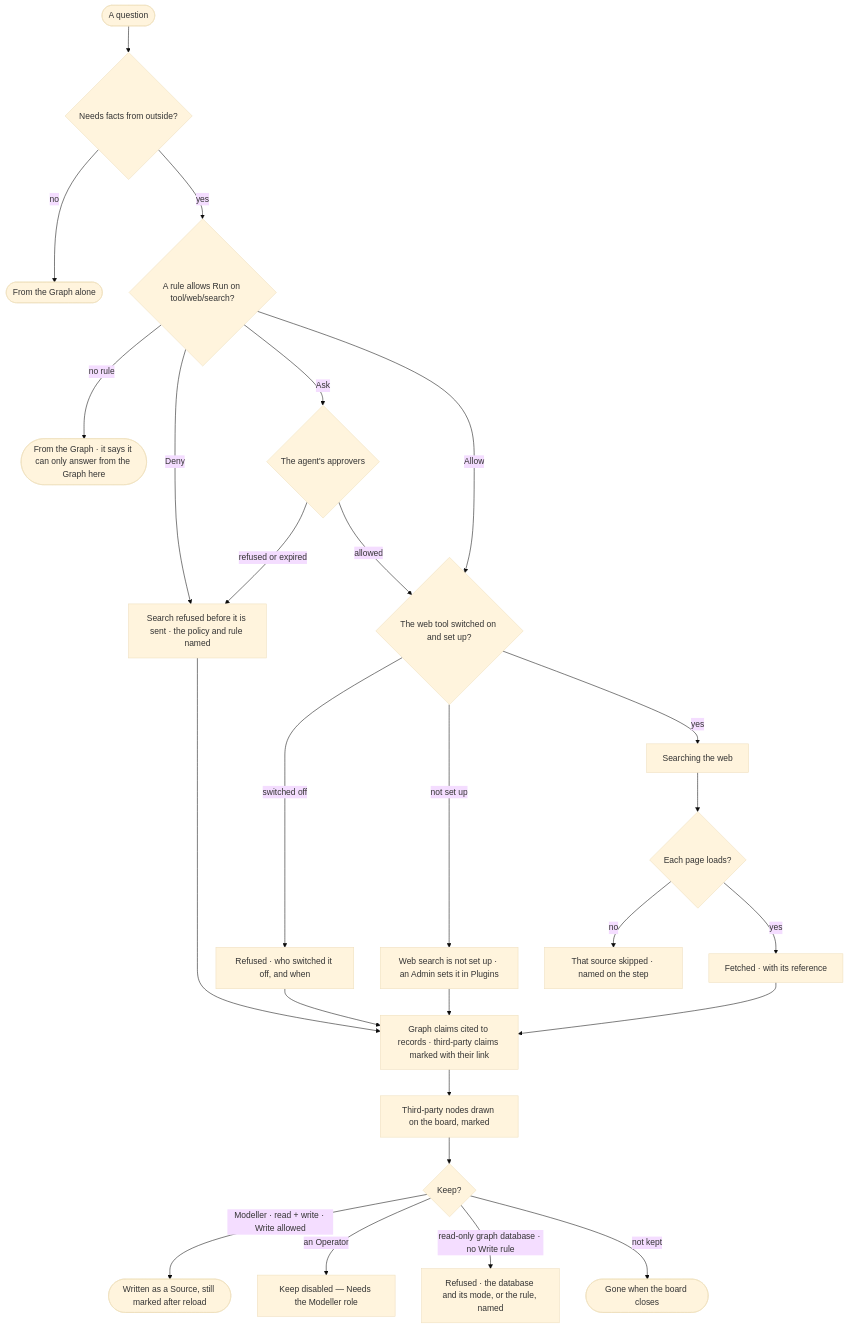
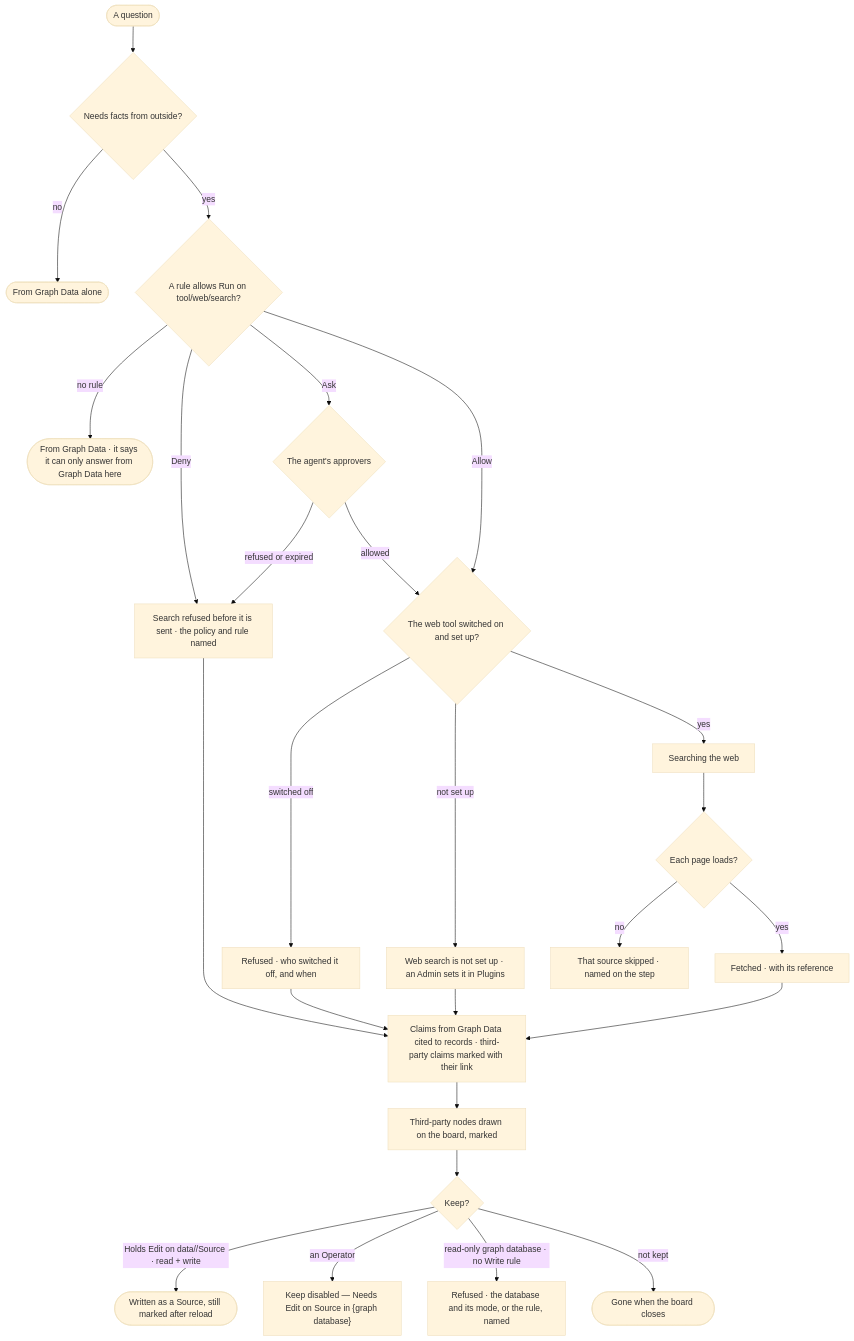
Before and after one commit to invana/invana: the diagram in specs/capabilities/explore/features/EX-F05-when-it-cannot-answer-and-how-it-reasons/stories/EX-26-facts-from-beyond-the-graph/story.md, drawn with Mermaid (base theme). The commit also changed other lines of this file and 456 other files, not shown here.

````diff
--- a/specs/capabilities/explore/features/EX-F05-when-it-cannot-answer-and-how-it-reasons/stories/EX-26-facts-from-beyond-the-graph/story.md
+++ b/specs/capabilities/explore/features/EX-F05-when-it-cannot-answer-and-how-it-reasons/stories/EX-26-facts-from-beyond-the-graph/story.md
@@ -29,28 +30,28 @@
 ```mermaid
 flowchart TD
   a([A question]) --> b{Needs facts from outside?}
-  b -->|no| g([From the Graph alone])
+  b -->|no| g([From Graph Data alone])
   b -->|yes| c{"A rule allows Run on tool/web/search?"}
-  c -->|no rule| g2(["From the Graph · it says it can only answer from the Graph here"])
+  c -->|no rule| g2(["From Graph Data · it says it can only answer from Graph Data here"])
   c -->|Deny| r["Search refused before it is sent · the policy and rule named"]
   c -->|Ask| ap{The agent's approvers}
   ap -->|refused or expired| r
   ap -->|allowed| on
   c -->|Allow| on{The web tool switched on and set up?}
   on -->|switched off| off["Refused · who switched it off, and when"]
   on -->|not set up| ns["Web search is not set up · an Admin sets it in Plugins"]
   on -->|yes| s["Searching the web"]
   s --> f{Each page loads?}
   f -->|no| sk["That source skipped · named on the step"]
   f -->|yes| h["Fetched · with its reference"]
-  h --> ans["Graph claims cited to records · third-party claims marked with their link"]
+  h --> ans["Claims from Graph Data cited to records · third-party claims marked with their link"]
   r --> ans
   off --> ans
   ns --> ans
   ans --> n["Third-party nodes drawn on the board, marked"]
   n --> k{Keep?}
-  k -->|Modeller · read + write · Write allowed| kp(["Written as a Source, still marked after reload"])
-  k -->|an Operator| na["Keep disabled — Needs the Modeller role"]
+  k -->|"Holds Edit on data/<graph database>/Source · read + write"| kp(["Written as a Source, still marked after reload"])
+  k -->|an Operator| na["Keep disabled — Needs Edit on Source in {graph database}"]
   k -->|read-only graph database · no Write rule| kr["Refused · the database and its mode, or the rule, named"]
   k -->|not kept| gone([Gone when the board closes])
 ```
````
